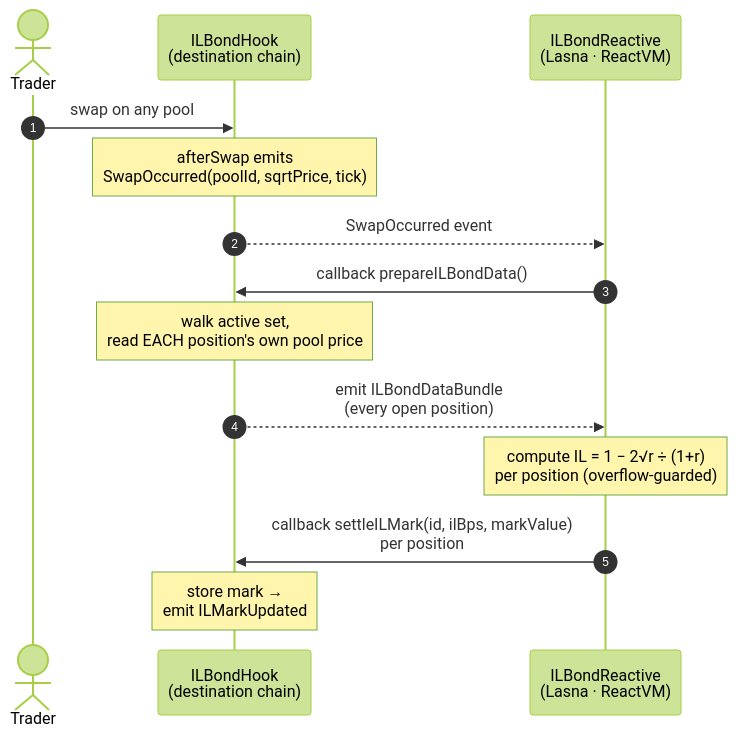
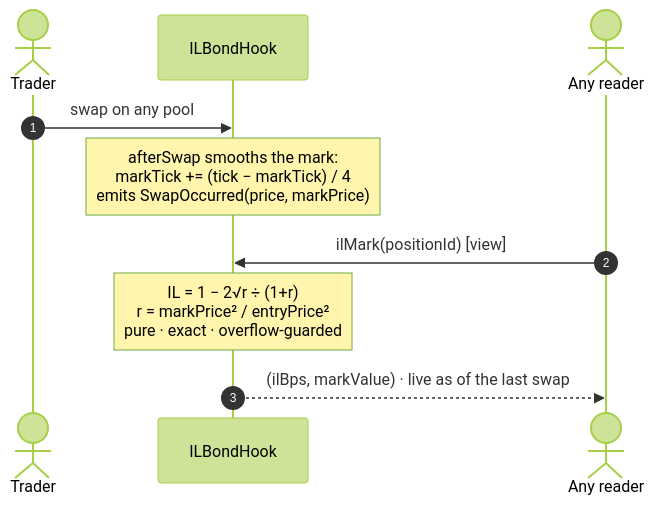
The second of 2 diagrams in README.md (Prakhar-30/schizo_UHI9), drawn with Mermaid (forest theme) before and after one commit. The commit also changed other lines of this file and 86 other files, not shown here.

````diff
--- a/README.md
+++ b/README.md
@@ -100,17 +93,13 @@
 ```mermaid
 sequenceDiagram
     autonumber
     actor U as Trader
-    participant H as ILBondHook<br/>(destination chain)
-    participant R as ILBondReactive<br/>(Lasna · ReactVM)
+    participant H as ILBondHook
+    actor R as Any reader
 
     U->>H: swap on any pool
-    Note over H: afterSwap emits<br/>SwapOccurred(poolId, sqrtPrice, tick)
-    H-->>R: SwapOccurred event
-    R->>H: callback prepareILBondData()
-    Note over H: walk active set,<br/>read EACH position's own pool price
-    H-->>R: emit ILBondDataBundle<br/>(every open position)
-    Note over R: compute IL = 1 − 2√r ÷ (1+r)<br/>per position (overflow-guarded)
-    R->>H: callback settleILMark(id, ilBps, markValue)<br/>per position
-    Note over H: store mark →<br/>emit ILMarkUpdated
+    Note over H: afterSwap smooths the mark:<br/>markTick += (tick − markTick) / 4<br/>emits SwapOccurred(price, markPrice)
+    R->>H: ilMark(positionId)  [view]
+    Note over H: IL = 1 − 2√r ÷ (1+r)<br/>r = markPrice² / entryPrice²<br/>pure · exact · overflow-guarded
+    H-->>R: (ilBps, markValue) · live as of the last swap
 ```
````
